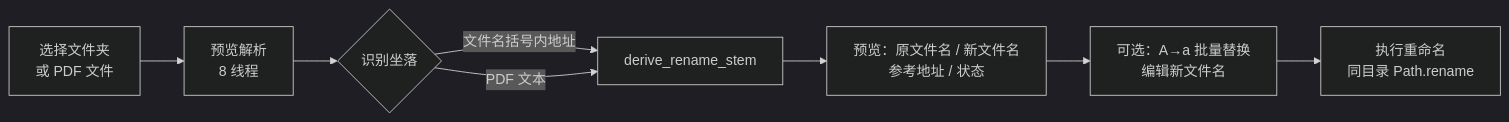
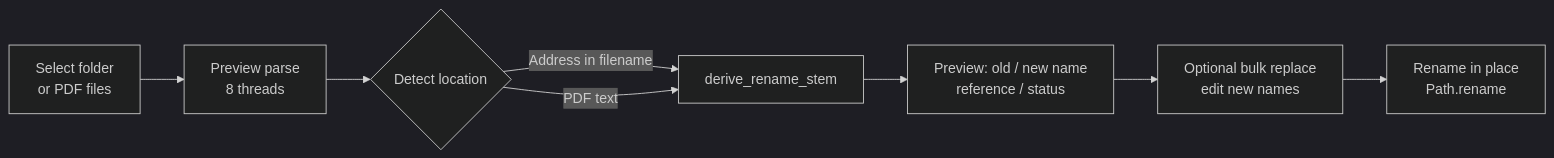
One commit to langjnjy/cert-extract-desktop changed the third of 4 diagrams in README.md. Above: the diagram before and after it, drawn with Mermaid (dark theme). The commit also changed other lines of this file and 2 other files, not shown here.

````diff
--- a/README.md
+++ b/README.md
@@ -81,10 +81,10 @@
 ```mermaid
 flowchart LR
-    A["选择文件夹\n或 PDF 文件"] --> B["预览解析\n8 线程"]
-    B --> C{"识别坐落"}
-    C -->|"文件名括号内地址"| D["derive_rename_stem"]
-    C -->|"PDF 文本"| D
-    D --> E["预览：原文件名 / 新文件名\n参考地址 / 状态"]
-    E --> F["可选：A→a 批量替换\n编辑新文件名"]
-    F --> G["执行重命名\n同目录 Path.rename"]
+    A["Select folder\nor PDF files"] --> B["Preview parse\n8 threads"]
+    B --> C{"Detect location"}
+    C -->|"Address in filename"| D["derive_rename_stem"]
+    C -->|"PDF text"| D
+    D --> E["Preview: old / new name\nreference / status"]
+    E --> F["Optional bulk replace\nedit new names"]
+    F --> G["Rename in place\nPath.rename"]
 ```
````
